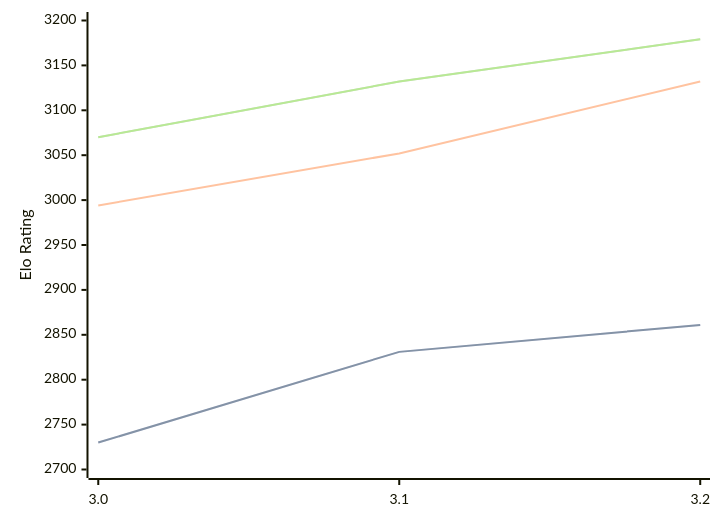
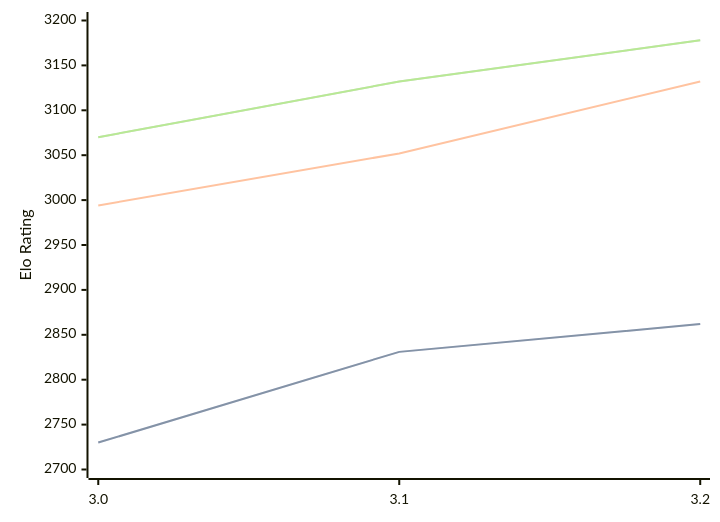
Before and after one commit to computer-chess-index/cci: the diagram in engines/Vajolet2.md, drawn with Mermaid. The commit also changed other lines of this file, not shown here.

Commit message:
Update CCI Ratings (ELO VLTC) - 2026-09-11

````diff
--- a/engines/Vajolet2.md
+++ b/engines/Vajolet2.md
@@ -33,11 +33,11 @@
 ```mermaid
 %%{init: {"theme":"base","themeVariables":{"seriesColors:['#a3a3a3','#222221','#faa371']}}}%%
 xychart-beta
   x-axis ["3.0", "3.1", "3.2"]
   y-axis "Elo Rating" 2700 --> 3200
-  line "" [2730, 2831, 2861]
-  line "STC (8.0+0.08s)" [2730, 2831, 2861]
+  line "" [2730, 2831, 2862]
+  line "STC (8.0+0.08s)" [2730, 2831, 2862]
   line "LTC (60.0+0.60s)" [2994, 3052, 3132]
-  line "" [3070, 3132, 3179]
-  line "VLTC (2m24s+1.12s)" [3070, 3132, 3179]
+  line "" [3070, 3132, 3178]
+  line "VLTC (2m24s+1.12s)" [3070, 3132, 3178]
 ```
````
